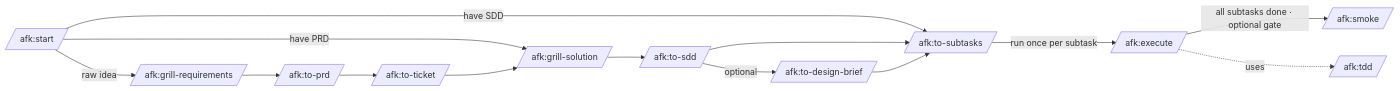
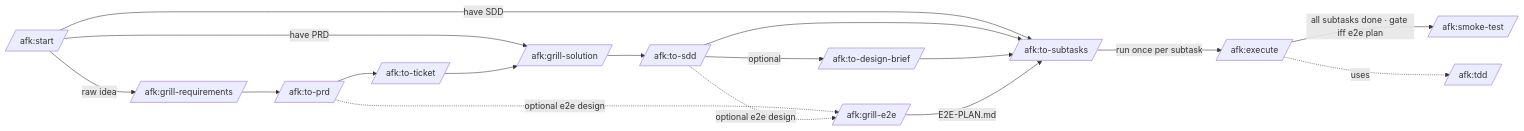
One commit to midnightblur/afk-driver changed the diagram in README.md. Above: the diagram before and after it, drawn with Mermaid. The commit also changed other lines of this file and 11 other files, not shown here.

First line of the commit message:
feat(skills): add grill-e2e, narrow smoke gate to execute-only, point to canonical AUTHORING.md

````diff
--- a/README.md
+++ b/README.md
@@ -18,13 +19,16 @@
 ```mermaid
 graph LR
     Start[/afk:start/] -->|raw idea| Grill[/afk:grill-requirements/]
     Start -->|have PRD| AG[/afk:grill-solution/]
     Start -->|have SDD| Sub[/afk:to-subtasks/]
     Grill --> Prd[/afk:to-prd/] --> Ticket[/afk:to-ticket/] --> AG --> Sdd[/afk:to-sdd/]
     Sdd -->|optional| Brief[/afk:to-design-brief/]
+    Prd -.optional e2e design.-> E2E[/afk:grill-e2e/]
+    Sdd -.optional e2e design.-> E2E
     Sdd --> Sub
     Brief --> Sub
+    E2E -->|E2E-PLAN.md| Sub
     Sub -->|run once per subtask| Exec[/afk:execute/]
-    Exec -->|all subtasks done · optional gate| Smoke[/afk:smoke/]
+    Exec -->|all subtasks done · gate iff e2e plan| Smoke[/afk:smoke-test/]
     Exec -.uses.-> Tdd[/afk:tdd/]
 ```
````
